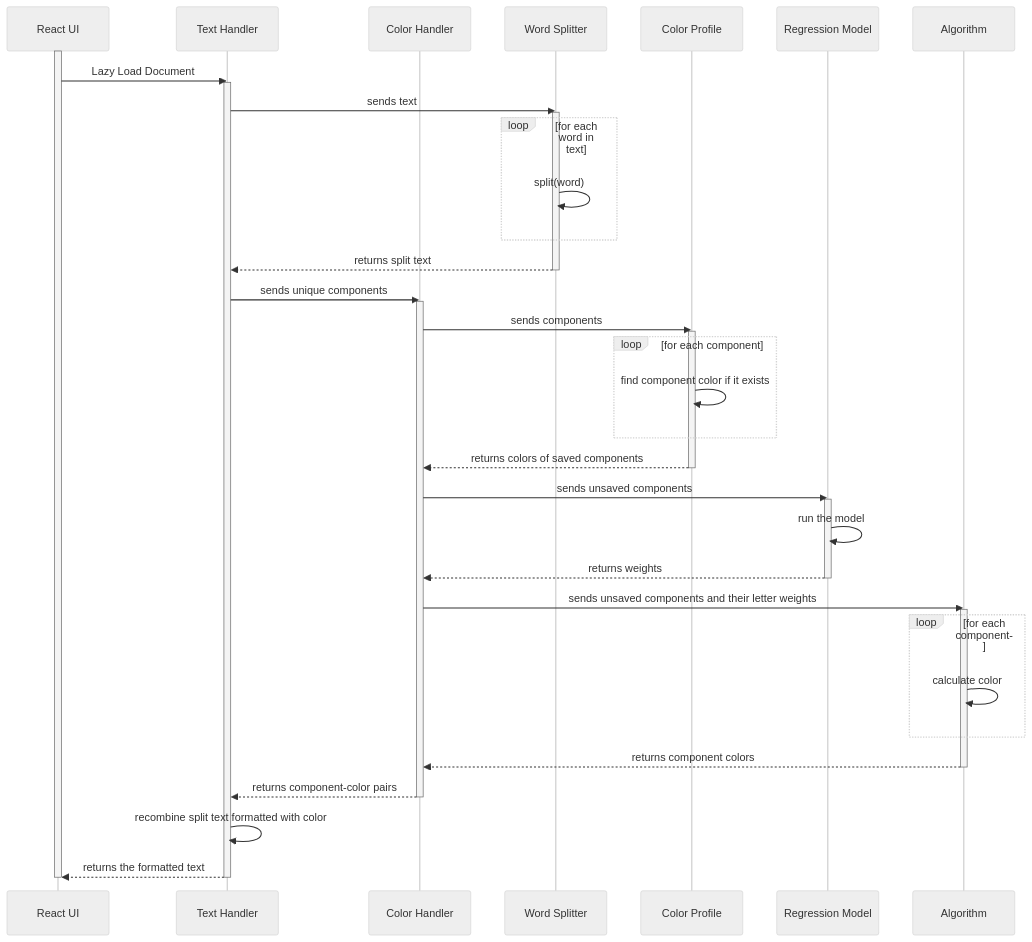
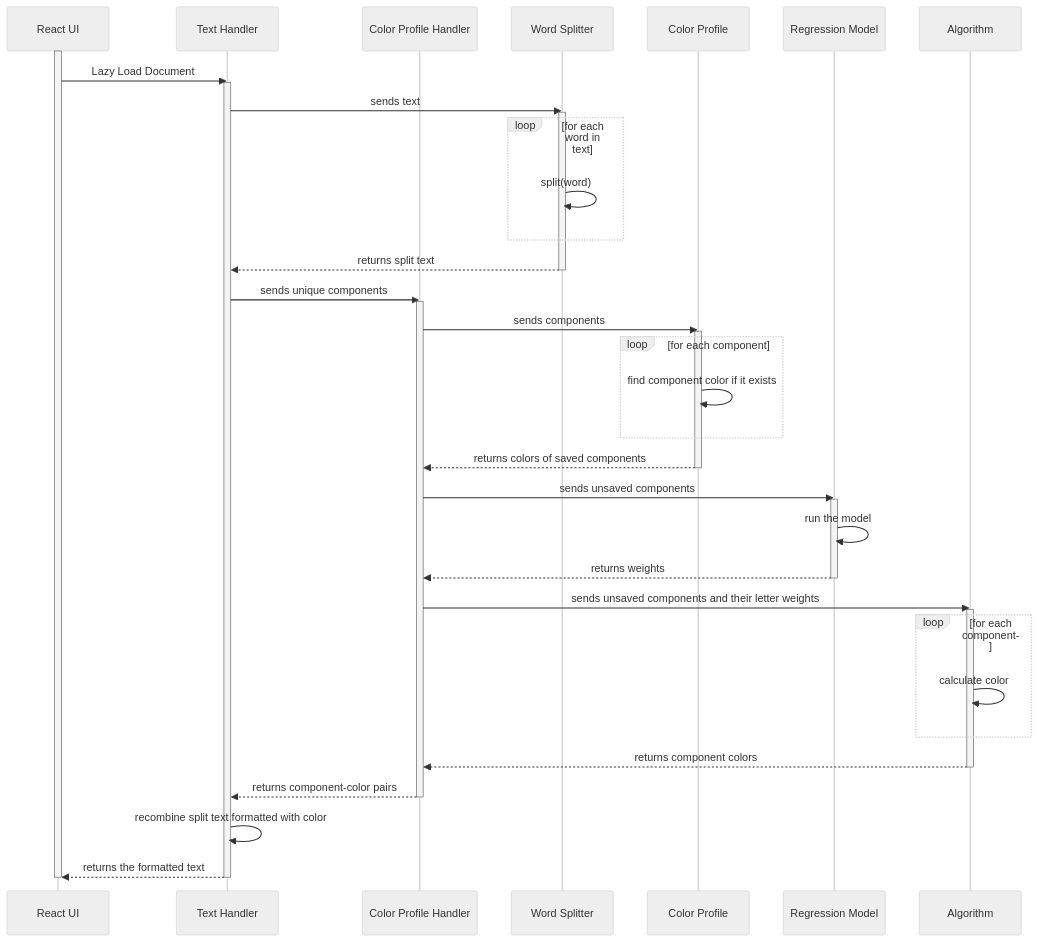
Before and after one commit to Capstone-Projects-2024-Spring/project-synesthesia-reading-app: the second of 2 diagrams in documentation/docs/system-architecture/algorithms.md, drawn with Mermaid (neutral theme).

Commit message:
update algorithms.md sequence diagram
- changed participant 'Color Handler' to 'Color Profile Handler' for clarity

````diff
--- a/documentation/docs/system-architecture/algorithms.md
+++ b/documentation/docs/system-architecture/algorithms.md
@@ -72,58 +72,58 @@
 ```mermaid
 sequenceDiagram
     participant React UI
     participant Text Handler
-    participant Color Handler
+    participant Color Profile Handler
     participant Word Splitter
     participant Color Profile
     participant Regression Model
     participant Algorithm
 
     activate React UI
     React UI ->> Text Handler: Lazy Load Document
     activate Text Handler
     Text Handler->>Word Splitter: sends text
     activate Word Splitter
     loop for each word in text
         Word Splitter->>Word Splitter: split(word)
     end
         Word Splitter -->> Text Handler: returns split text
         deactivate Word Splitter
 
     
-    Text Handler ->>Color Handler: sends unique components
-    activate Color Handler
-    Color Handler->>Color Profile: sends components
+    Text Handler ->>Color Profile Handler: sends unique components
+    activate Color Profile Handler
+    Color Profile Handler->>Color Profile: sends components
     activate Color Profile
     loop for each component
         Color Profile->>Color Profile: find component color if it exists
         end
 
-    Color Profile-->>Color Handler: returns colors of saved components
+    Color Profile-->>Color Profile Handler: returns colors of saved components
     deactivate Color Profile
     
-    Color Handler->>Regression Model: sends unsaved components
+    Color Profile Handler->>Regression Model: sends unsaved components
     activate Regression Model
     Regression Model->>Regression Model: run the model
-    Regression Model-->>Color Handler: returns weights
+    Regression Model-->>Color Profile Handler: returns weights
     deactivate Regression Model
     
-    Color Handler->>Algorithm: sends unsaved components and their letter weights
+    Color Profile Handler->>Algorithm: sends unsaved components and their letter weights
     activate Algorithm
     loop for each component
     Algorithm->>Algorithm: calculate color
     end
-    Algorithm-->>Color Handler: returns component colors
+    Algorithm-->>Color Profile Handler: returns component colors
     deactivate Algorithm
     
-    Color Handler-->>Text Handler: returns component-color pairs
-    deactivate Color Handler
+    Color Profile Handler-->>Text Handler: returns component-color pairs
+    deactivate Color Profile Handler
     
     Text Handler->>Text Handler: recombine split text formatted with color
     Text Handler-->>React UI: returns the formatted text
     
     
     deactivate Text Handler
     deactivate React UI
 
 ```
````
